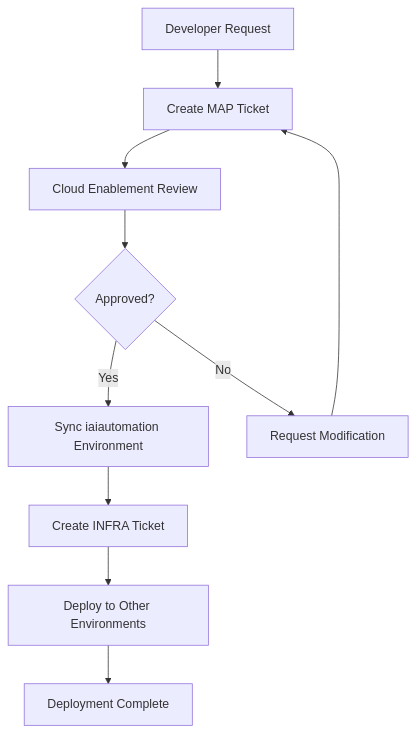
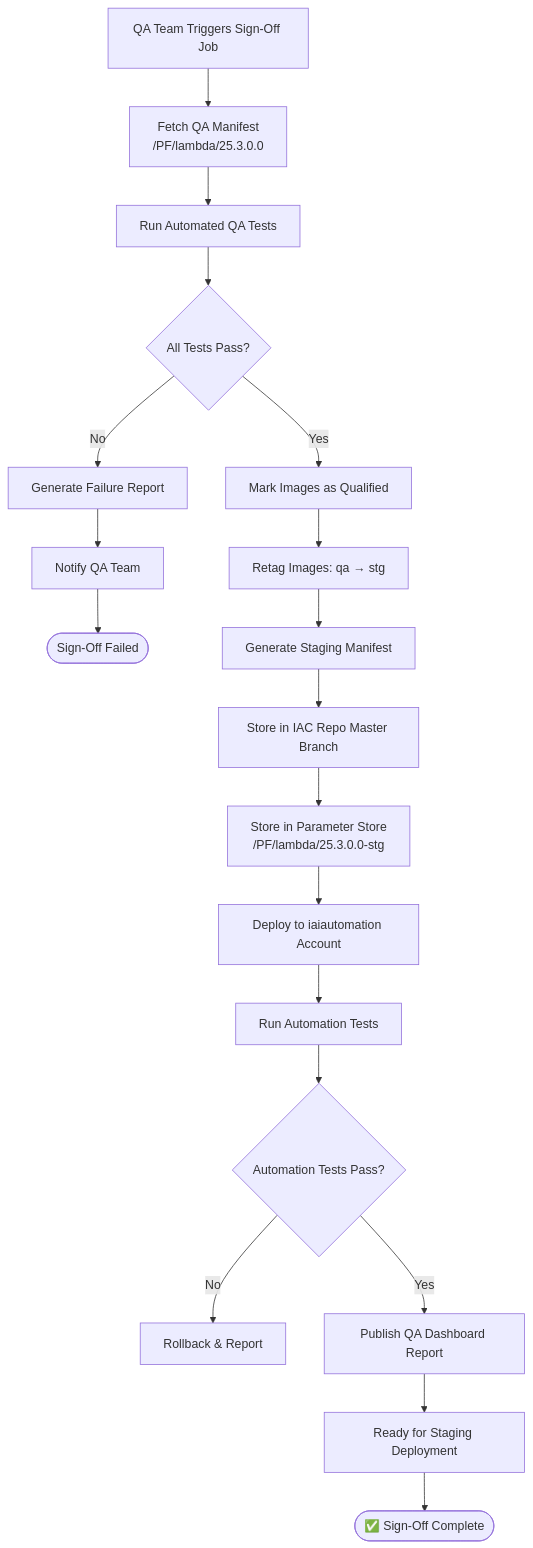
The third of 4 diagrams in manifest.md (sabarinath-intellect/test), drawn with Mermaid before and after one commit. The commit also changed other lines of this file, not shown here.

````diff
--- a/manifest.md
+++ b/manifest.md
@@ -1201,12 +143,28 @@
 ```mermaid
 flowchart TD
-    A[Developer Request] --> B[Create MAP Ticket]
-    B --> C[Cloud Enablement Review]
-    C --> D{Approved?}
-    D -->|Yes| E[Sync iaiautomation Environment]
-    D -->|No| F[Request Modification]
-    F --> B
-    E --> G[Create INFRA Ticket]
-    G --> H[Deploy to Other Environments]
-    H --> I[Deployment Complete]
+    A[QA Team Triggers Sign-Off Job] --> B[Fetch QA Manifest<br/>/PF/lambda/25.3.0.0]
+    
+    B --> C[Run Automated QA Tests]
+    C --> D{All Tests Pass?}
+    
+    D -->|No| E[Generate Failure Report]
+    E --> F[Notify QA Team]
+    F --> G([Sign-Off Failed])
+    
+    D -->|Yes| H[Mark Images as Qualified]
+    H --> I[Retag Images: qa → stg]
+    
+    I --> J[Generate Staging Manifest]
+    J --> K[Store in IAC Repo Master Branch]
+    K --> L[Store in Parameter Store<br/>/PF/lambda/25.3.0.0-stg]
+    
+    L --> M[Deploy to iaiautomation Account]
+    M --> N[Run Automation Tests]
+    
+    N --> O{Automation Tests Pass?}
+    O -->|No| P[Rollback & Report]
+    O -->|Yes| Q[Publish QA Dashboard Report]
+    
+    Q --> R[Ready for Staging Deployment]
+    R --> S([✅ Sign-Off Complete])
 ```
````
